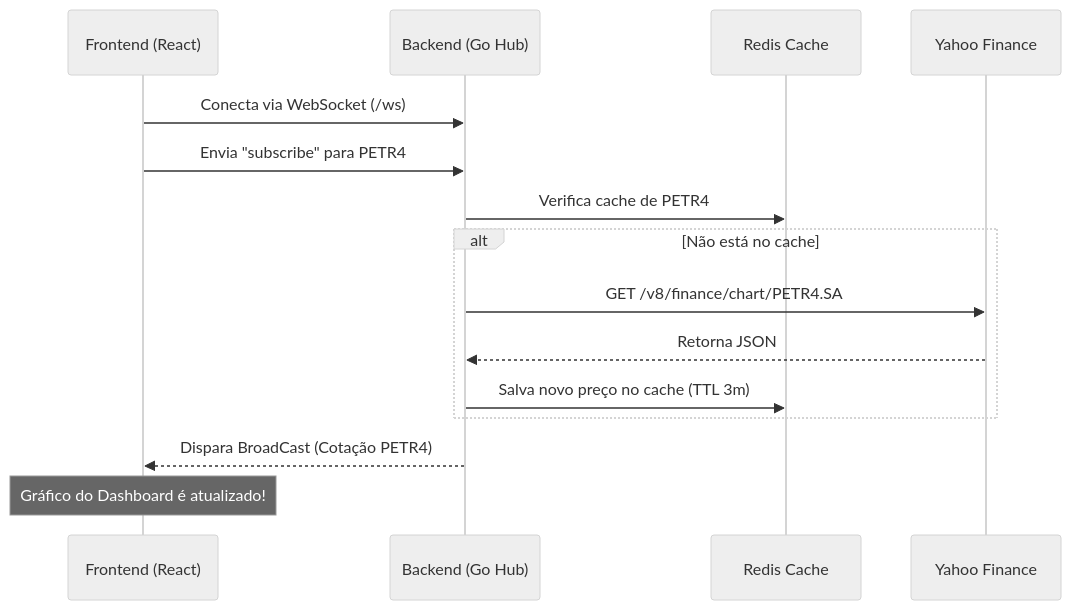
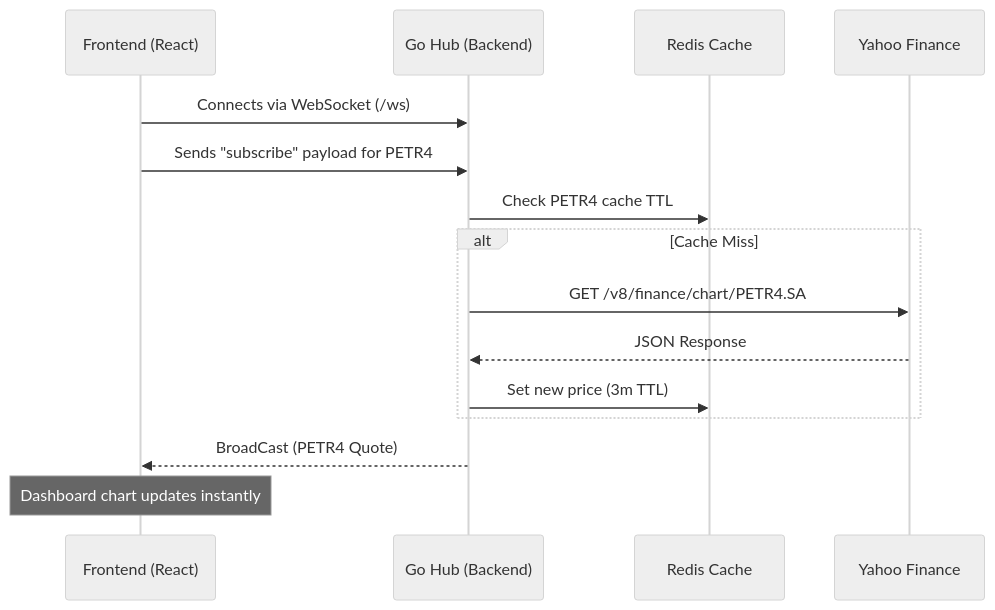
Before and after one commit to enakamura3/stock-pulse: the second of 6 diagrams in README.md, drawn with Mermaid (neutral theme). The commit also changed other lines of this file, not shown here.

````diff
--- a/README.md
+++ b/README.md
@@ -169,18 +130,18 @@
 ```mermaid
 sequenceDiagram
     participant User as Frontend (React)
-    participant API as Backend (Go Hub)
+    participant API as Go Hub (Backend)
     participant Redis as Redis Cache
     participant Yahoo as Yahoo Finance
 
-    User->>API: Conecta via WebSocket (/ws)
-    User->>API: Envia "subscribe" para PETR4
-    API->>Redis: Verifica cache de PETR4
-    alt Não está no cache
+    User->>API: Connects via WebSocket (/ws)
+    User->>API: Sends "subscribe" payload for PETR4
+    API->>Redis: Check PETR4 cache TTL
+    alt Cache Miss
         API->>Yahoo: GET /v8/finance/chart/PETR4.SA
-        Yahoo-->>API: Retorna JSON
-        API->>Redis: Salva novo preço no cache (TTL 3m)
+        Yahoo-->>API: JSON Response
+        API->>Redis: Set new price (3m TTL)
     end
-    API-->>User: Dispara BroadCast (Cotação PETR4)
-    Note over User: Gráfico do Dashboard é atualizado!
+    API-->>User: BroadCast (PETR4 Quote)
+    Note over User: Dashboard chart updates instantly
 ```
````
